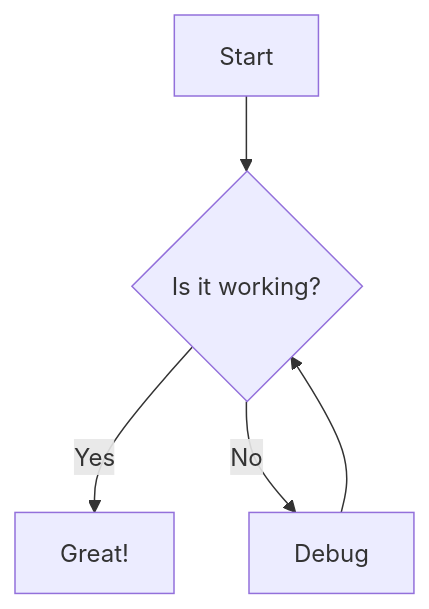
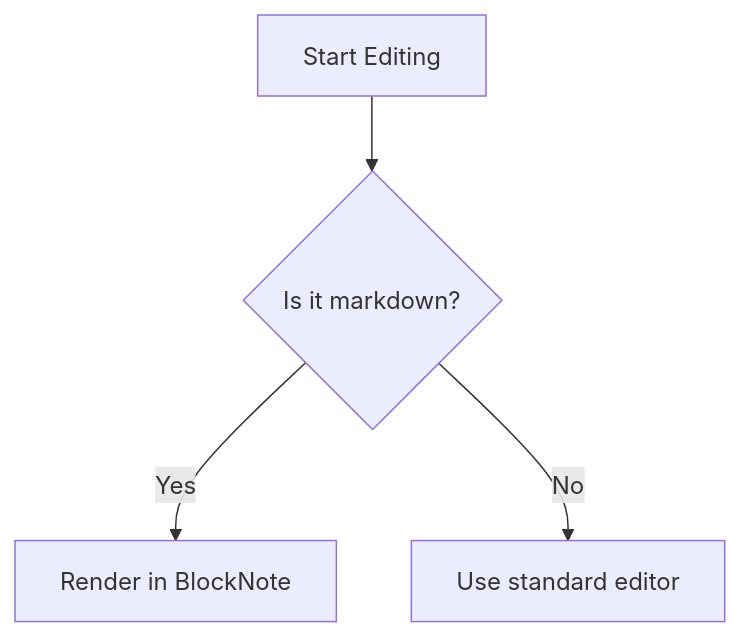
The diagram in TEST.md (vikash1a/blocknote-editor), drawn with Mermaid before and after one commit. The commit also changed other lines of this file and 3 other files, not shown here.

````diff
--- a/TEST.md
+++ b/TEST.md
@@ -5,7 +45,6 @@
 ```mermaid
 graph TD
-  A[Start] --> B{Is it working?}
-  B -- Yes --> C[Great!]
-  B -- No --> D[Debug]
-  D --> B
+  A[Start Editing] --> B{Is it markdown?}
+  B -- Yes --> C[Render in BlockNote]
+  B -- No --> D[Use standard editor]
 ```
````
